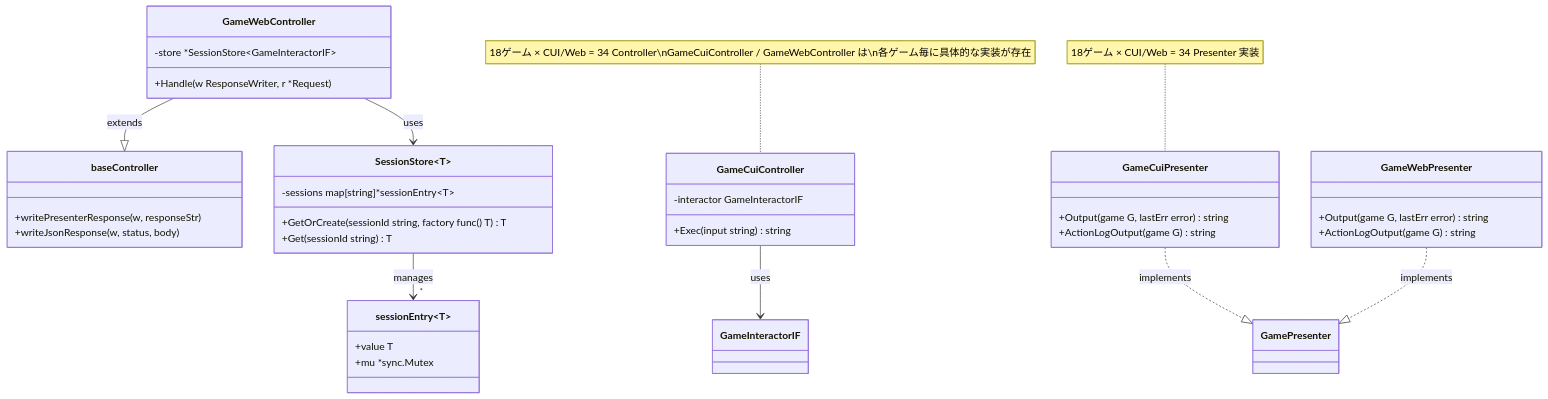
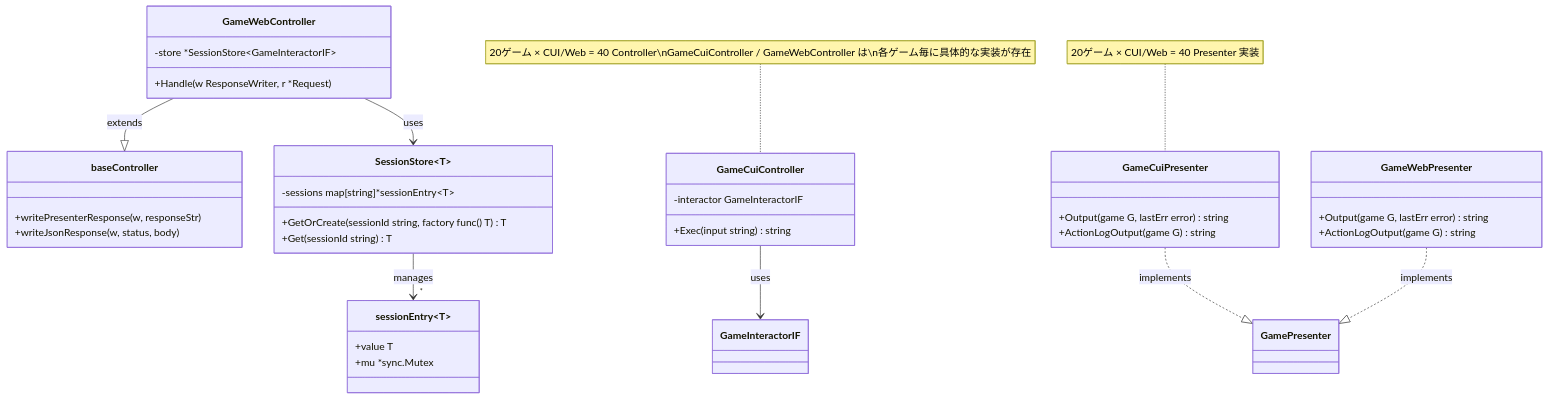
One commit to yuta-yoshinaga/go_trumpcards changed the tenth of 29 diagrams in docs/design/backend.md. Above: the diagram before and after it, drawn with Mermaid. The commit also changed other lines of this file and 50 other files, not shown here.

````diff
--- a/docs/design/backend.md
+++ b/docs/design/backend.md
@@ -644,48 +664,48 @@
 ```mermaid
 classDiagram
     class baseController {
         +writePresenterResponse(w, responseStr)
         +writeJsonResponse(w, status, body)
     }
 
     class SessionStore~T~ {
         -sessions map[string]*sessionEntry~T~
         +GetOrCreate(sessionId string, factory func() T) T
         +Get(sessionId string) T
     }
 
     class sessionEntry~T~ {
         +value T
         +mu *sync.Mutex
     }
 
     class GameCuiController {
         -interactor GameInteractorIF
         +Exec(input string) string
     }
 
     class GameWebController {
         -store *SessionStore~GameInteractorIF~
         +Handle(w ResponseWriter, r *Request)
     }
 
     class GameCuiPresenter {
         +Output(game G, lastErr error) string
         +ActionLogOutput(game G) string
     }
 
     class GameWebPresenter {
         +Output(game G, lastErr error) string
         +ActionLogOutput(game G) string
     }
 
     GameWebController --|> baseController : extends
     GameWebController --> SessionStore : uses
     SessionStore --> "*" sessionEntry : manages
     GameCuiController --> GameInteractorIF : uses
     GameCuiPresenter ..|> GamePresenter : implements
     GameWebPresenter ..|> GamePresenter : implements
 
-    note for GameCuiController "18ゲーム × CUI/Web = 34 Controller\nGameCuiController / GameWebController は\n各ゲーム毎に具体的な実装が存在"
-    note for GameCuiPresenter "18ゲーム × CUI/Web = 34 Presenter 実装"
+    note for GameCuiController "20ゲーム × CUI/Web = 40 Controller\nGameCuiController / GameWebController は\n各ゲーム毎に具体的な実装が存在"
+    note for GameCuiPresenter "20ゲーム × CUI/Web = 40 Presenter 実装"
 ```
````
